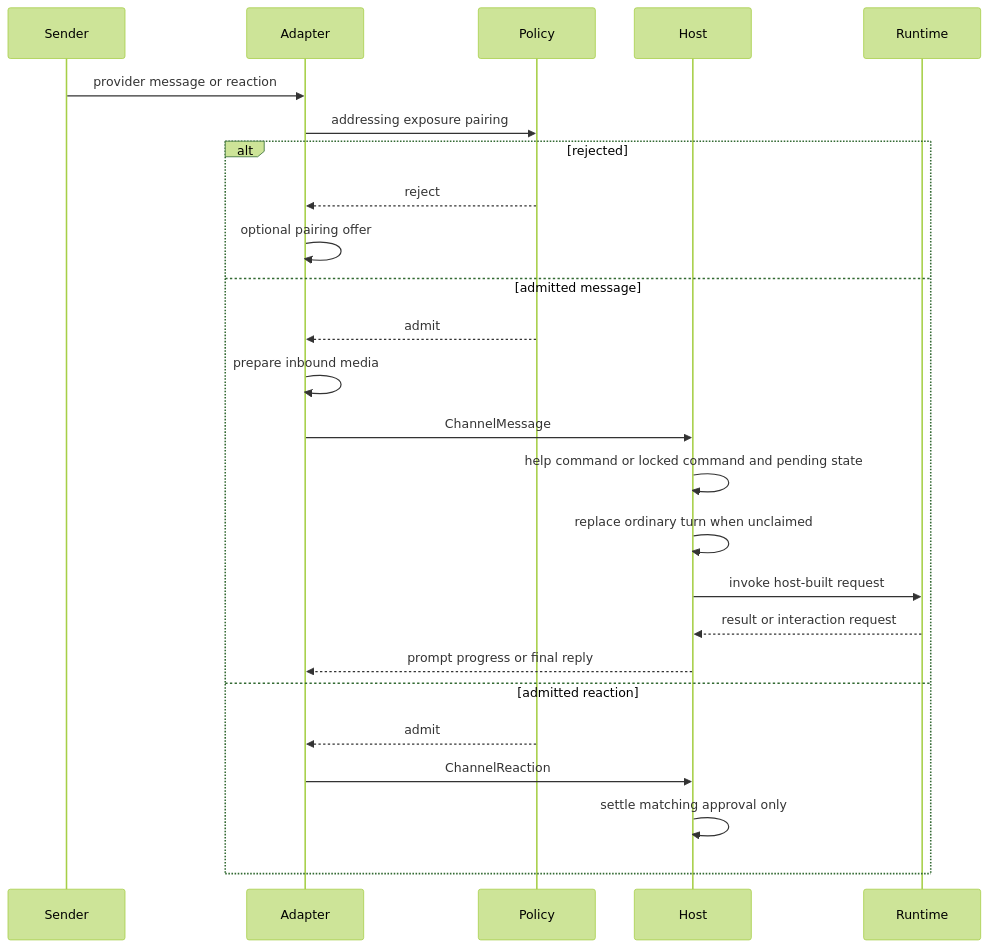
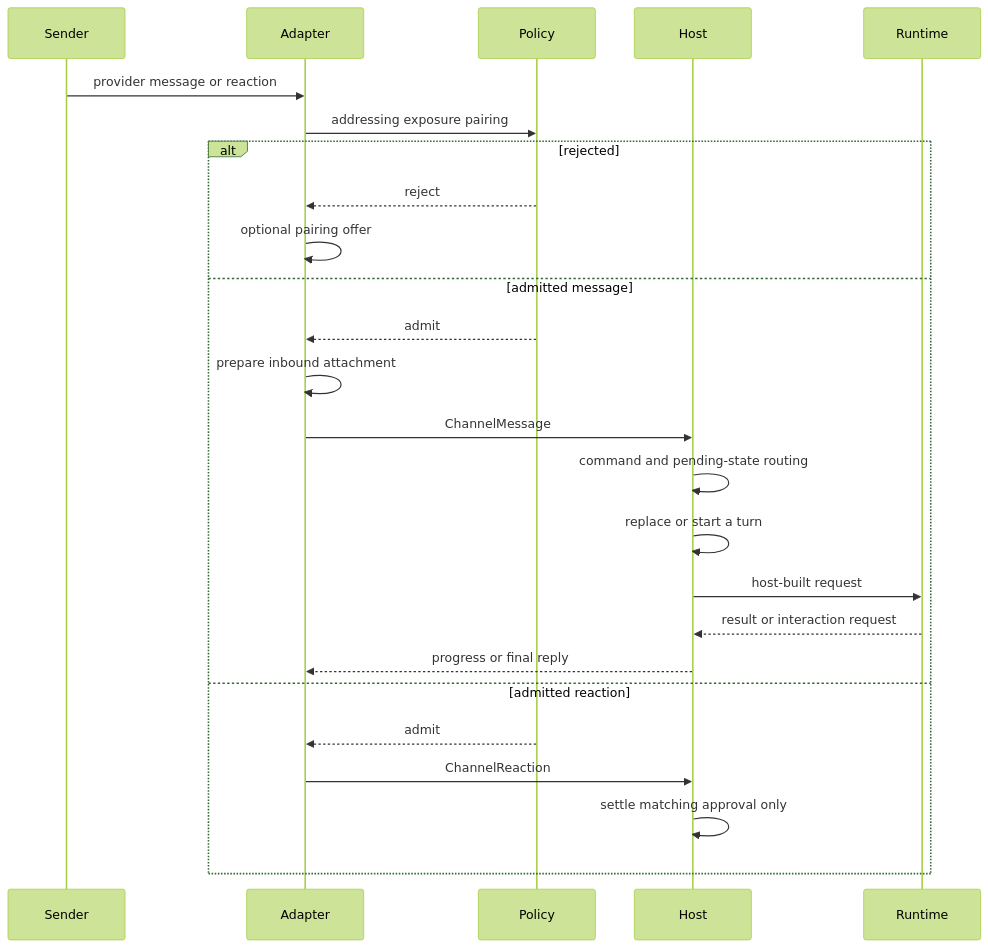
The diagram in openwiki/concepts/talon-channel-admission.md (langchain-ai/deepagents), drawn with Mermaid (forest theme) before and after one commit. The commit also changed other lines of this file and 39 other files, not shown here.

````diff
--- a/openwiki/concepts/talon-channel-admission.md
+++ b/openwiki/concepts/talon-channel-admission.md
@@ -59,28 +67,28 @@
 ```mermaid
 sequenceDiagram
     participant Sender
     participant Adapter
     participant Policy
     participant Host
     participant Runtime
 
     Sender->>Adapter: provider message or reaction
     Adapter->>Policy: addressing exposure pairing
     alt rejected
         Policy-->>Adapter: reject
         Adapter->>Adapter: optional pairing offer
     else admitted message
         Policy-->>Adapter: admit
-        Adapter->>Adapter: prepare inbound media
+        Adapter->>Adapter: prepare inbound attachment
         Adapter->>Host: ChannelMessage
-        Host->>Host: help command or locked command and pending state
-        Host->>Host: replace ordinary turn when unclaimed
-        Host->>Runtime: invoke host-built request
+        Host->>Host: command and pending-state routing
+        Host->>Host: replace or start a turn
+        Host->>Runtime: host-built request
         Runtime-->>Host: result or interaction request
-        Host-->>Adapter: prompt progress or final reply
+        Host-->>Adapter: progress or final reply
     else admitted reaction
         Policy-->>Adapter: admit
         Adapter->>Host: ChannelReaction
         Host->>Host: settle matching approval only
     end
 ```
````
